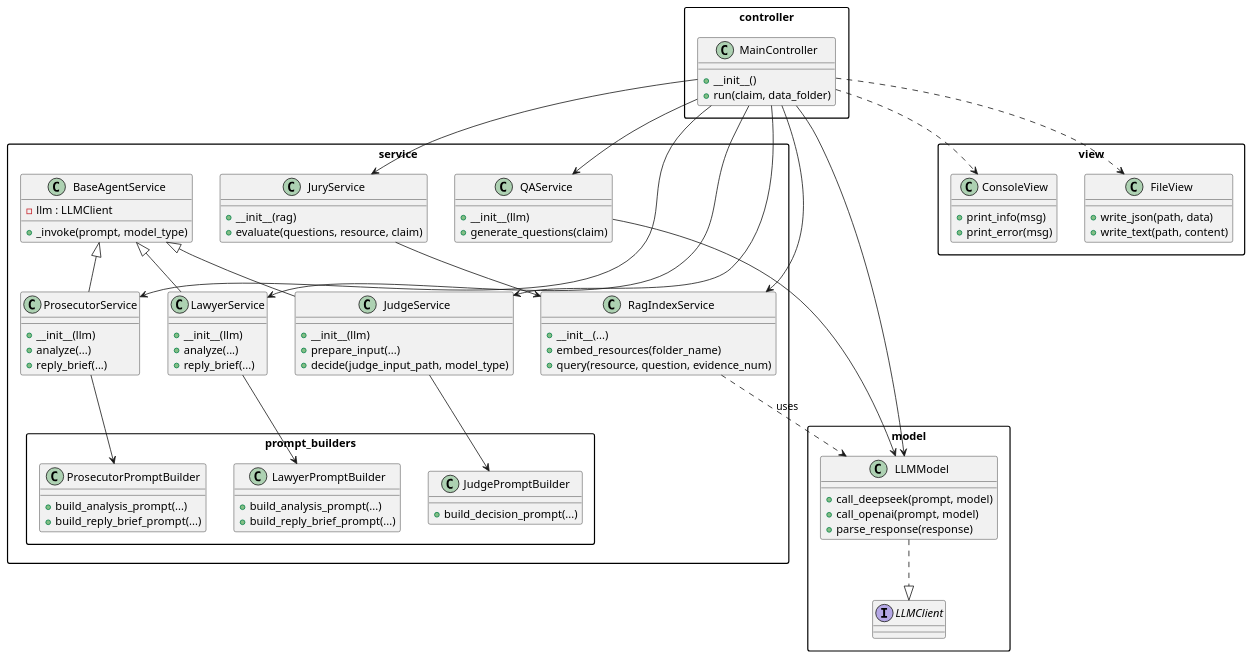
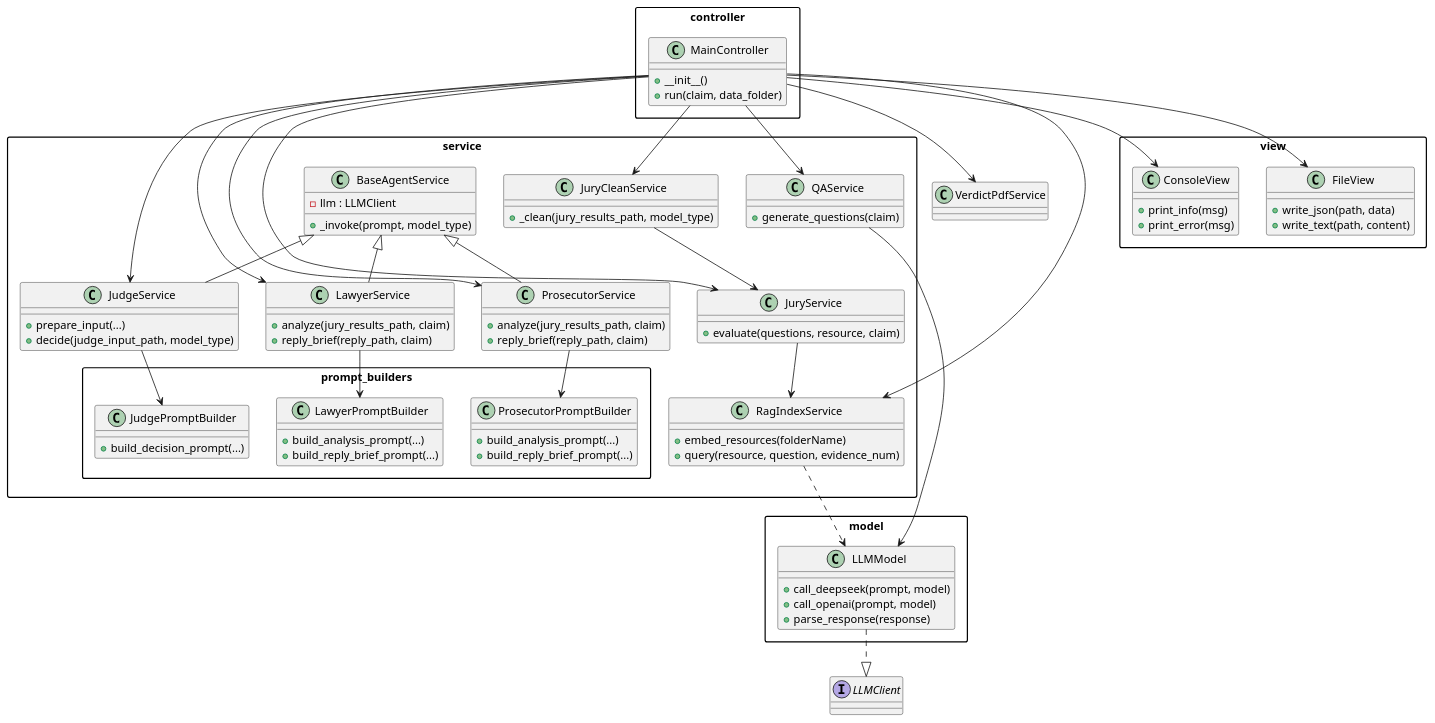
Before and after one commit to Aiden-Kwak/ClimateJudgeLLM-refact-: the diagram in docs/llm.puml, drawn with PlantUML. The commit also changed 2 other files, not shown here.

Commit message:
docs(README): edit uml, flow, folder structure

```diff
--- a/docs/llm.puml
+++ b/docs/llm.puml
@@ -1,101 +1,107 @@
 @startuml
 skinparam packageStyle rect
 
+' Controller 패키지
 package controller {
   class MainController {
     +__init__()
     +run(claim, data_folder)
   }
 }
 
+' Model 패키지
+interface LLMClient
+
 package model {
-  interface LLMClient
   class LLMModel {
     +call_deepseek(prompt, model)
     +call_openai(prompt, model)
     +parse_response(response)
   }
   LLMModel ..|> LLMClient
 }
 
+' Service 패키지
 package service {
   class BaseAgentService {
     -llm : LLMClient
     +_invoke(prompt, model_type)
   }
   class RagIndexService {
-    +__init__(...)
-    +embed_resources(folder_name)
+    +embed_resources(folderName)
     +query(resource, question, evidence_num)
   }
   class QAService {
-    +__init__(llm)
     +generate_questions(claim)
   }
   class JuryService {
-    +__init__(rag)
     +evaluate(questions, resource, claim)
   }
+  class JuryCleanService {
+    +_clean(jury_results_path, model_type)
+  }
   class LawyerService {
-    +__init__(llm)
-    +analyze(...)
-    +reply_brief(...)
+    +analyze(jury_results_path, claim)
+    +reply_brief(reply_path, claim)
   }
   class ProsecutorService {
-    +__init__(llm)
-    +analyze(...)
-    +reply_brief(...)
+    +analyze(jury_results_path, claim)
+    +reply_brief(reply_path, claim)
   }
   class JudgeService {
-    +__init__(llm)
     +prepare_input(...)
     +decide(judge_input_path, model_type)
   }
 
   BaseAgentService <|-- LawyerService
   BaseAgentService <|-- ProsecutorService
   BaseAgentService <|-- JudgeService
 
-  RagIndexService ..> LLMModel : uses
+  RagIndexService ..> LLMModel
   QAService --> LLMModel
   JuryService --> RagIndexService
+  JuryCleanService --> JuryService
 
   package prompt_builders {
     class LawyerPromptBuilder {
       +build_analysis_prompt(...)
       +build_reply_brief_prompt(...)
     }
     class ProsecutorPromptBuilder {
       +build_analysis_prompt(...)
       +build_reply_brief_prompt(...)
     }
     class JudgePromptBuilder {
       +build_decision_prompt(...)
     }
-    LawyerService --> LawyerPromptBuilder
-    ProsecutorService --> ProsecutorPromptBuilder
-    JudgeService --> JudgePromptBuilder
   }
+  LawyerService --> LawyerPromptBuilder
+  ProsecutorService --> ProsecutorPromptBuilder
+  JudgeService --> JudgePromptBuilder
 }
 
+' View 패키지
 package view {
   class ConsoleView {
     +print_info(msg)
     +print_error(msg)
   }
   class FileView {
     +write_json(path, data)
     +write_text(path, content)
   }
 }
 
-MainController --> LLMModel
+' 의존 관계
+MainController --> ConsoleView
+MainController --> FileView
+MainController --> QAService
 MainController --> RagIndexService
-MainController --> QAService
 MainController --> JuryService
+MainController --> JuryCleanService
 MainController --> LawyerService
 MainController --> ProsecutorService
 MainController --> JudgeService
-MainController ..> ConsoleView
-MainController ..> FileView
+MainController --> VerdictPdfService
+
 @enduml
```
